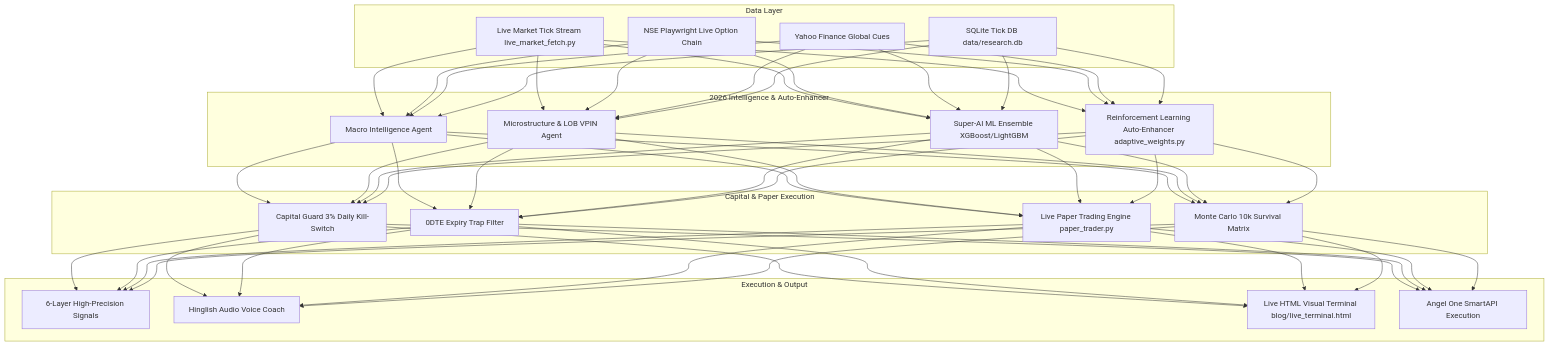
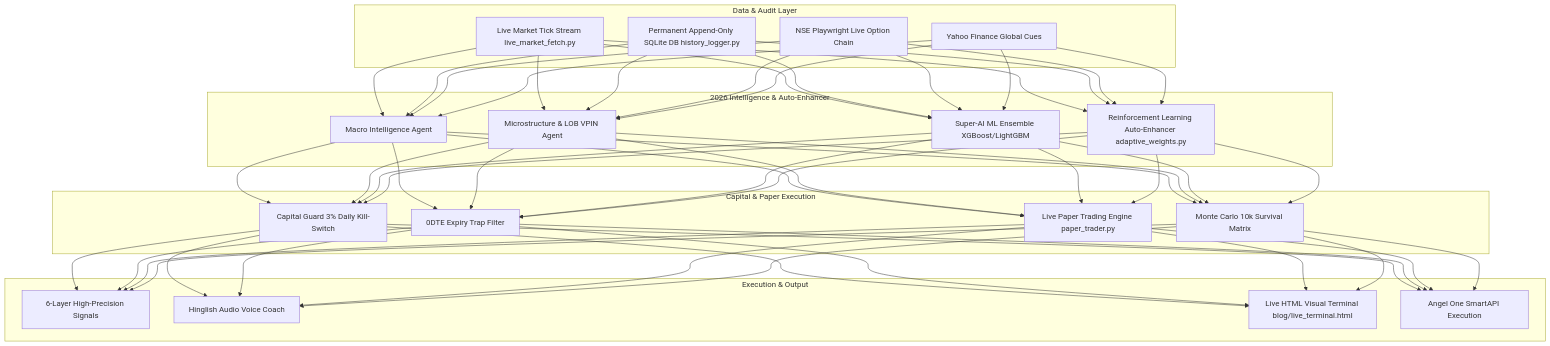
One commit to mohit11kmr/nifty-research changed the diagram in README.md. Above: the diagram before and after it, drawn with Mermaid. The commit also changed other lines of this file and 1 other file, not shown here.

Commit message:
Update run_all.py and README.md with History & Audit Logger SQLite database integration

````diff
--- a/README.md
+++ b/README.md
@@ -28,34 +28,34 @@
 ```mermaid
 flowchart TD
-    subgraph Data Layer
+    subgraph Data & Audit Layer
         A1[Live Market Tick Stream live_market_fetch.py]
-        A2[NSE Playwright Live Option Chain]
-        A3[Yahoo Finance Global Cues]
-        A4[SQLite Tick DB data/research.db]
+        A2[Permanent Append-Only SQLite DB history_logger.py]
+        A3[NSE Playwright Live Option Chain]
+        A4[Yahoo Finance Global Cues]
     end
 
     subgraph 2026 Intelligence & Auto-Enhancer
         B1[Macro Intelligence Agent]
         B2[Microstructure & LOB VPIN Agent]
         B3[Super-AI ML Ensemble XGBoost/LightGBM]
         B4[Reinforcement Learning Auto-Enhancer adaptive_weights.py]
     end
 
     subgraph Capital & Paper Execution
         C1[Capital Guard 3% Daily Kill-Switch]
         C2[0DTE Expiry Trap Filter]
         C3[Live Paper Trading Engine paper_trader.py]
         C4[Monte Carlo 10k Survival Matrix]
     end
 
     subgraph Execution & Output
         D1[6-Layer High-Precision Signals]
         D2[Hinglish Audio Voice Coach]
         D3[Live HTML Visual Terminal blog/live_terminal.html]
         D4[Angel One SmartAPI Execution]
     end
 
     A1 & A2 & A3 & A4 --> B1 & B2 & B3 & B4
     B1 & B2 & B3 & B4 --> C1 & C2 & C3 & C4
     C1 & C2 & C3 & C4 --> D1 & D2 & D3 & D4
 ```
````
